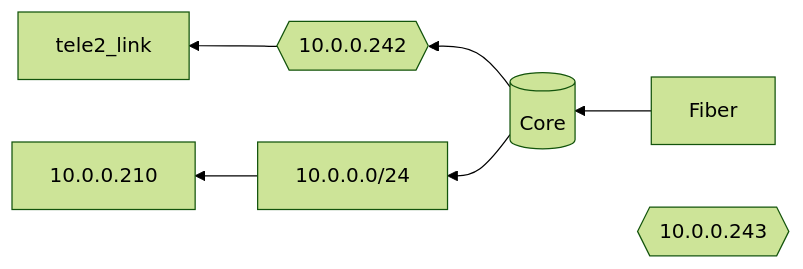
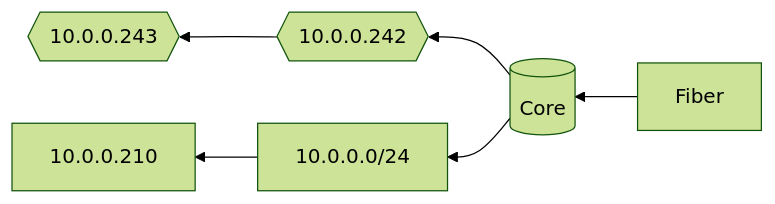
The diagram in top.md (notkasim/DOCS), drawn with Mermaid (forest theme) before and after one commit.

````diff
--- a/top.md
+++ b/top.md
@@ -1,10 +1,10 @@
 ```mermaid
 graph RL;
     core[(Core)]
     Fiber-->core;
     core_link{{10.0.0.242}}
     core-->core_link
     core-->10.0.0.0/24-->10.0.0.210
-    tele_link{{10.0.0.243}}
+    tele2_link{{10.0.0.243}}
     core_link-->tele2_link
 ```
````
